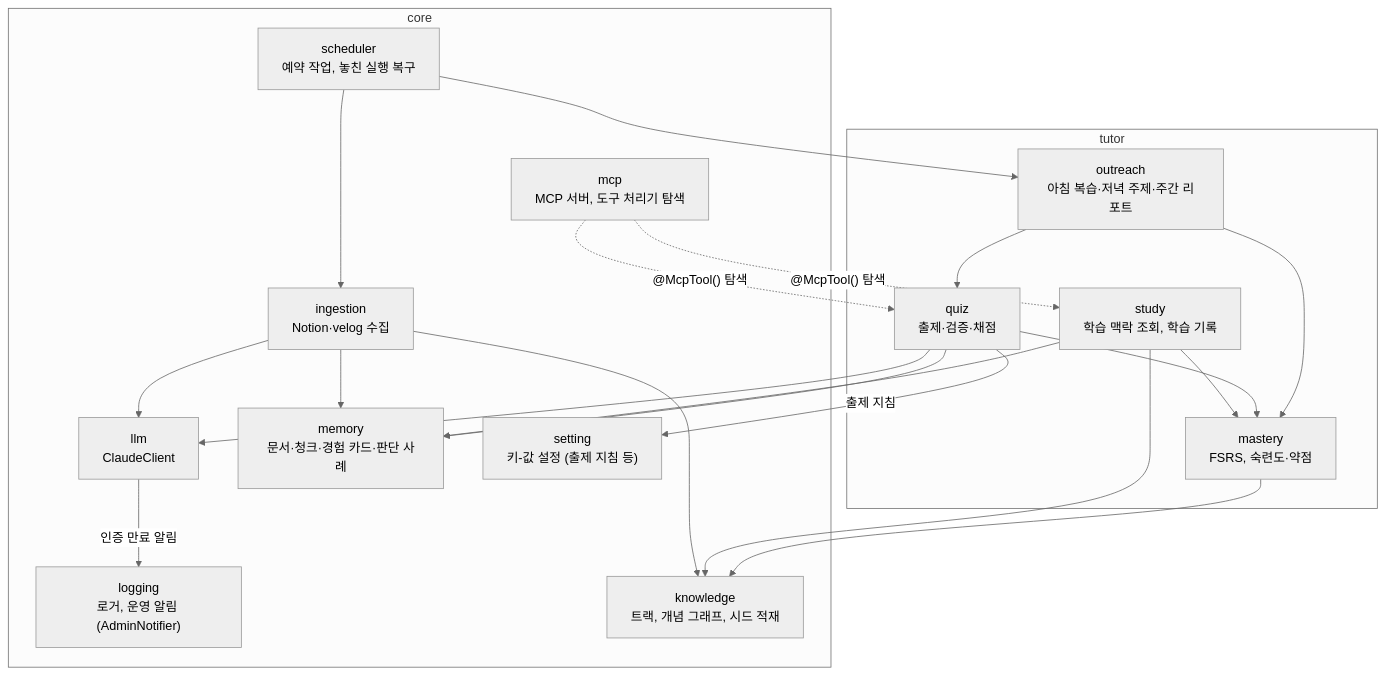
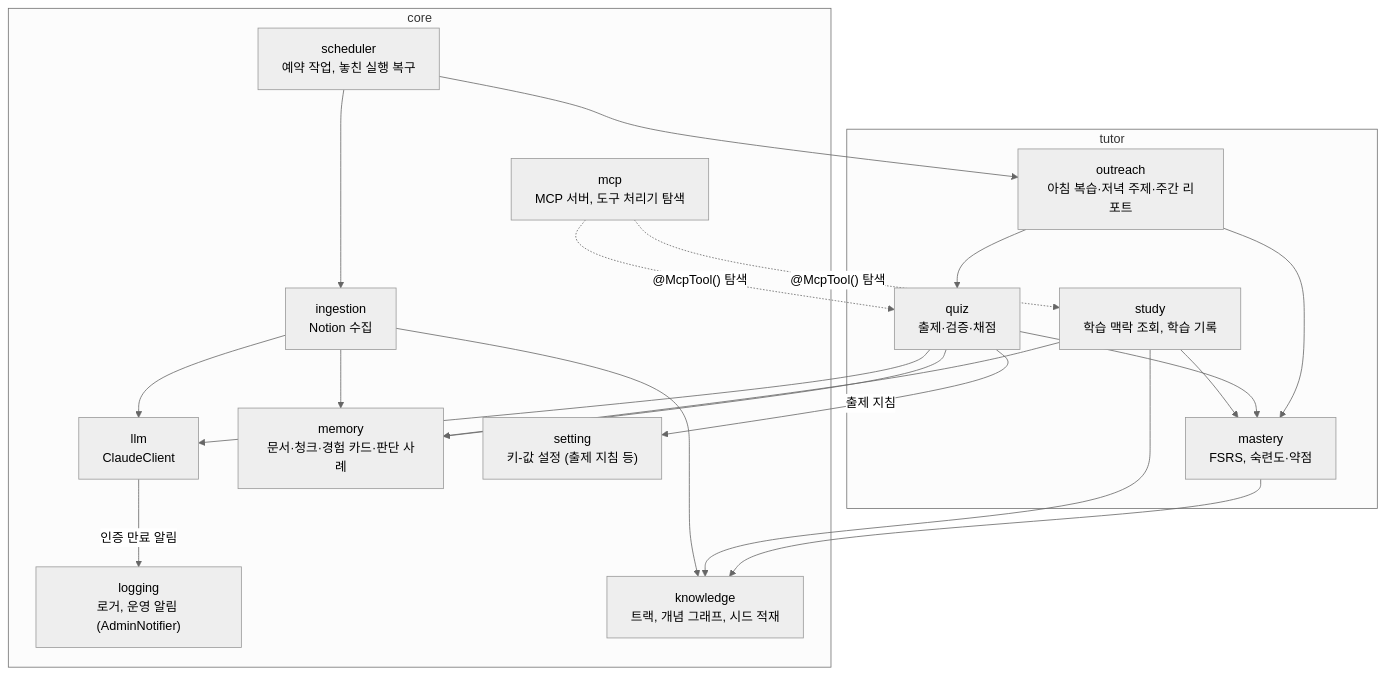
Before and after one commit to Wonchang0314/growth-assistant: the diagram in docs/architecture/c4-3-component.md, drawn with Mermaid (neutral theme). The commit also changed 10 other files, not shown here.

Commit message:
docs: 기억의 원천을 Notion 하나로 하고 velog 수집을 뺌 (ADR-0023)

````diff
--- a/docs/architecture/c4-3-component.md
+++ b/docs/architecture/c4-3-component.md
@@ -5,43 +5,43 @@
 ```mermaid
 flowchart TB
     subgraph core
         mcp["mcp<br/>MCP 서버, 도구 처리기 탐색"]
         llm["llm<br/>ClaudeClient"]
         logging["logging<br/>로거, 운영 알림 (AdminNotifier)"]
         memory["memory<br/>문서·청크·경험 카드·판단 사례"]
         knowledge["knowledge<br/>트랙, 개념 그래프, 시드 적재"]
-        ingestion["ingestion<br/>Notion·velog 수집"]
+        ingestion["ingestion<br/>Notion 수집"]
         scheduler["scheduler<br/>예약 작업, 놓친 실행 복구"]
         setting["setting<br/>키-값 설정 (출제 지침 등)"]
     end
 
     subgraph tutor
         study["study<br/>학습 맥락 조회, 학습 기록"]
         quiz["quiz<br/>출제·검증·채점"]
         mastery["mastery<br/>FSRS, 숙련도·약점"]
         outreach["outreach<br/>아침 복습·저녁 주제·주간 리포트"]
     end
 
     mcp -.->|"@McpTool() 탐색"| study
     mcp -.->|"@McpTool() 탐색"| quiz
     scheduler --> outreach
     scheduler --> ingestion
     llm -->|"인증 만료 알림"| logging
     quiz -->|"출제 지침"| setting
 
     ingestion --> llm
     ingestion --> memory
     ingestion --> knowledge
 
     study --> memory
     study --> knowledge
     study --> mastery
 
     quiz --> llm
     quiz --> mastery
     quiz --> memory
 
     mastery --> knowledge
     outreach --> quiz
     outreach --> mastery
 ```
````
